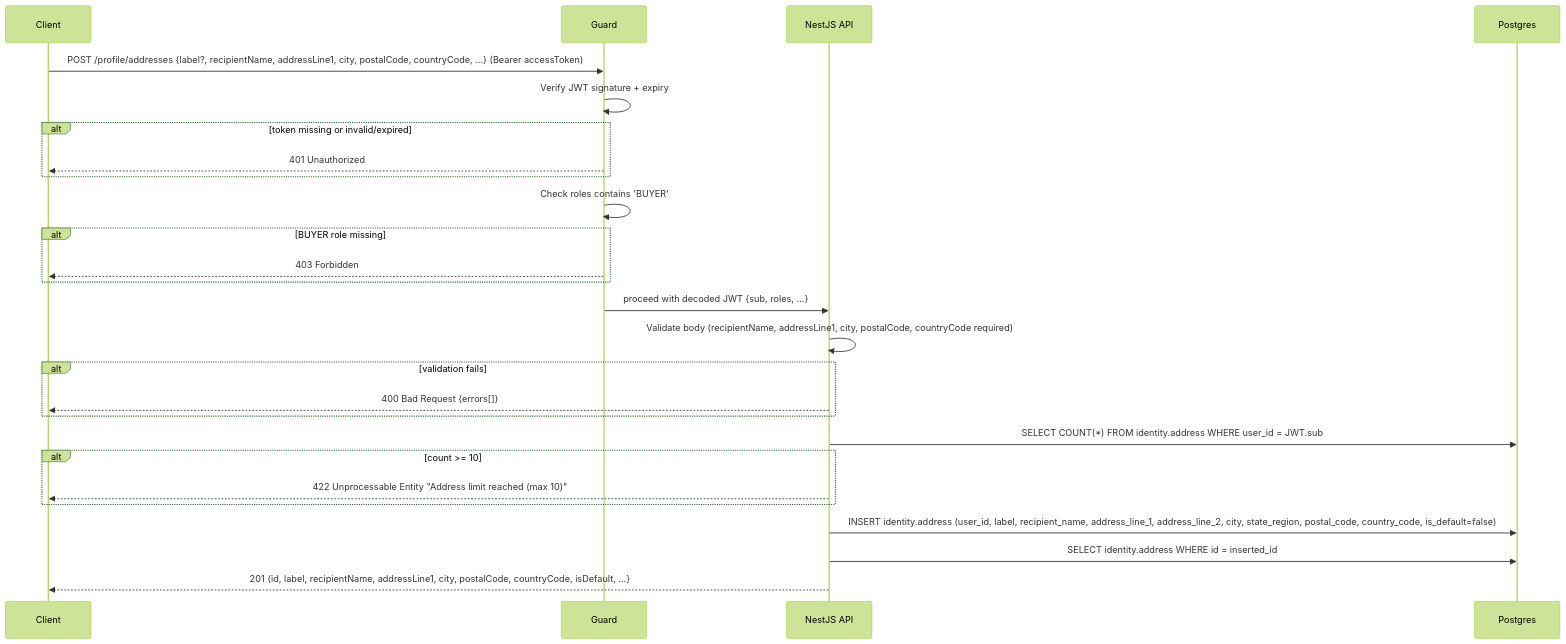
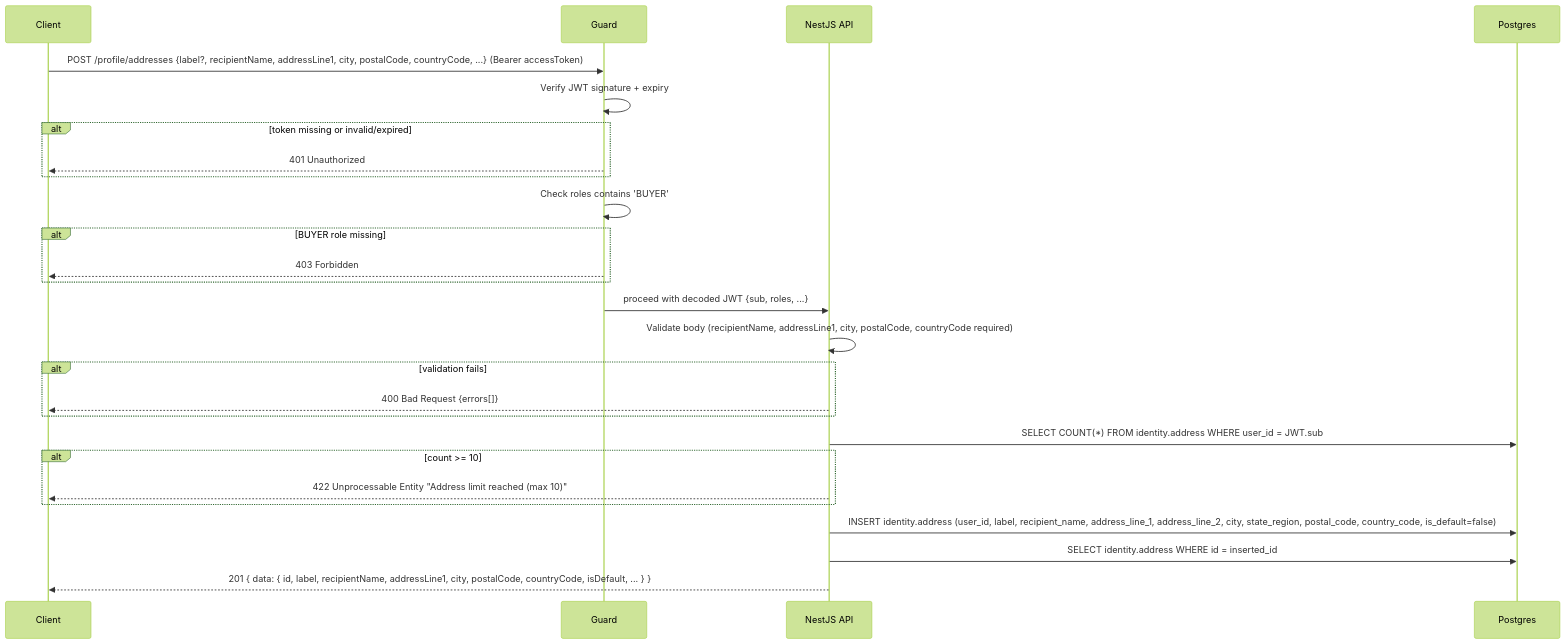
One commit to alisa-uthi/aliceut-ecom-document changed the fourth of 7 diagrams in phase-1/technical-design/api-design/profile.md. Above: the diagram before and after it, drawn with Mermaid (forest theme). The commit also changed other lines of this file and 22 other files, not shown here.

````diff
--- a/phase-1/technical-design/api-design/profile.md
+++ b/phase-1/technical-design/api-design/profile.md
@@ -200,33 +202,33 @@
 ```mermaid
 sequenceDiagram
     participant C as Client
     participant G as Guard
     participant A as NestJS API
     participant PG as Postgres
 
     C->>G: POST /profile/addresses {label?, recipientName, addressLine1, city, postalCode, countryCode, ...} (Bearer accessToken)
     G->>G: Verify JWT signature + expiry
     alt token missing or invalid/expired
         G-->>C: 401 Unauthorized
     end
     G->>G: Check roles contains 'BUYER'
     alt BUYER role missing
         G-->>C: 403 Forbidden
     end
     G->>A: proceed with decoded JWT {sub, roles, ...}
 
     A->>A: Validate body (recipientName, addressLine1, city, postalCode, countryCode required)
     alt validation fails
         A-->>C: 400 Bad Request {errors[]}
     end
 
     A->>PG: SELECT COUNT(*) FROM identity.address WHERE user_id = JWT.sub
     alt count >= 10
         A-->>C: 422 Unprocessable Entity "Address limit reached (max 10)"
     end
 
     A->>PG: INSERT identity.address (user_id, label, recipient_name, address_line_1, address_line_2, city, state_region, postal_code, country_code, is_default=false)
 
     A->>PG: SELECT identity.address WHERE id = inserted_id
-    A-->>C: 201 {id, label, recipientName, addressLine1, city, postalCode, countryCode, isDefault, ...}
+    A-->>C: 201 { data: { id, label, recipientName, addressLine1, city, postalCode, countryCode, isDefault, ... } }
 ```
````
